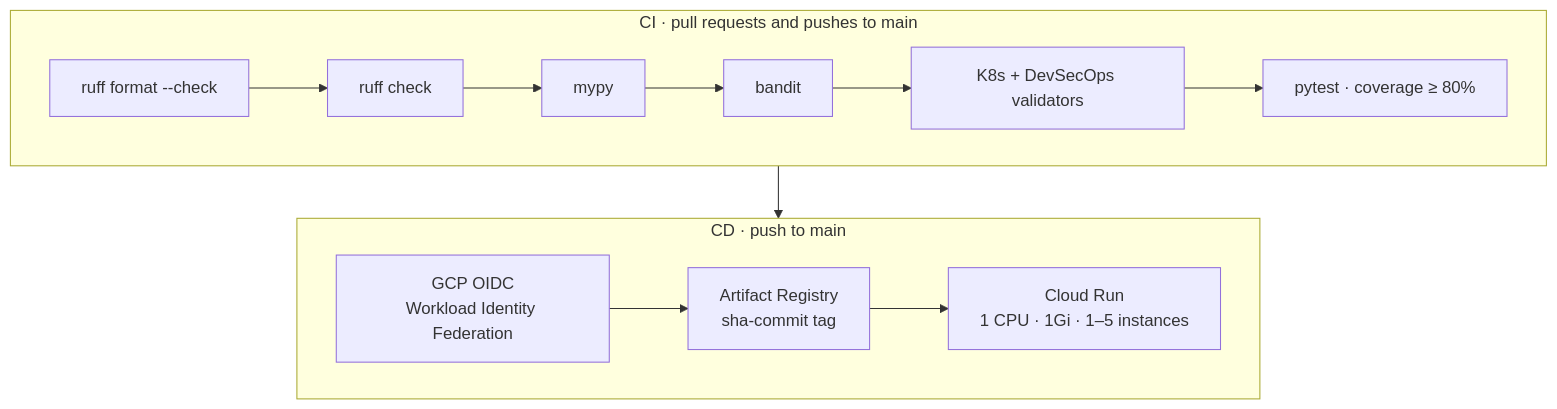
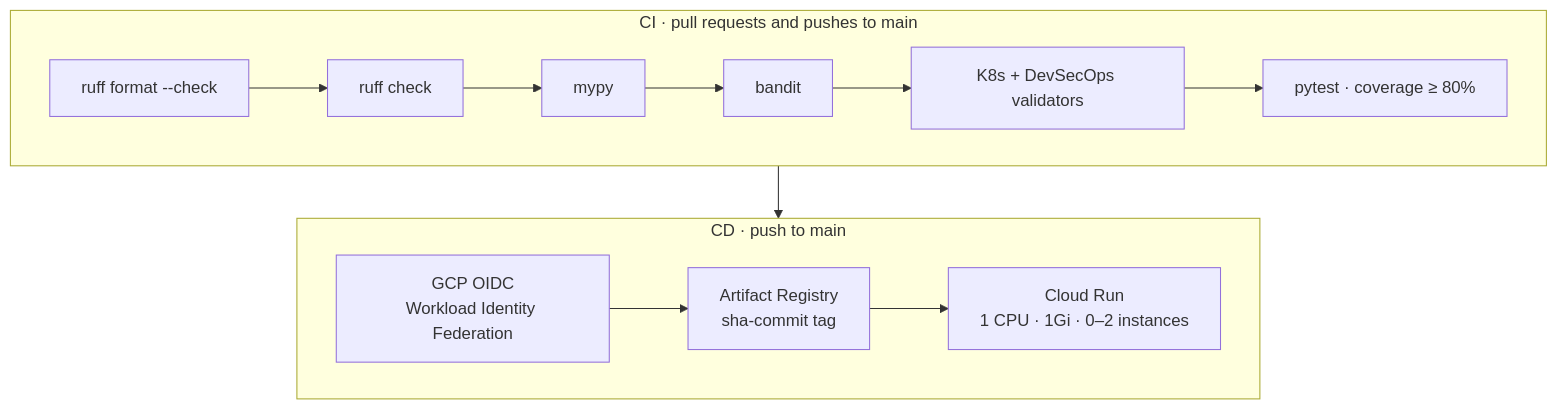
Before and after one commit to PilotLeoYan/RecycleNet-K8s: the fourth of 5 diagrams in README.md, drawn with Mermaid. The commit also changed other lines of this file and 6 other files, not shown here.

First line of the commit message:
feat(deploy): add zero-cost GCP Cloud Run deployment scripts and guide (#122)

````diff
--- a/README.md
+++ b/README.md
@@ -150,12 +150,12 @@
 ```mermaid
 flowchart TB
     subgraph CI["CI · pull requests and pushes to main"]
         direction LR
         FMT["ruff format --check"] --> LINT["ruff check"] --> TYP["mypy"] --> SAST["bandit"] --> MAN["K8s + DevSecOps validators"] --> TEST["pytest · coverage ≥ 80%"]
     end
     subgraph CD["CD · push to main"]
         direction LR
-        OIDC["GCP OIDC<br/>Workload Identity Federation"] --> GAR["Artifact Registry<br/>sha-commit tag"] --> RUN["Cloud Run<br/>1 CPU · 1Gi · 1–5 instances"]
+        OIDC["GCP OIDC<br/>Workload Identity Federation"] --> GAR["Artifact Registry<br/>sha-commit tag"] --> RUN["Cloud Run<br/>1 CPU · 1Gi · 0–2 instances"]
     end
     TEST --> OIDC
 ```
````
